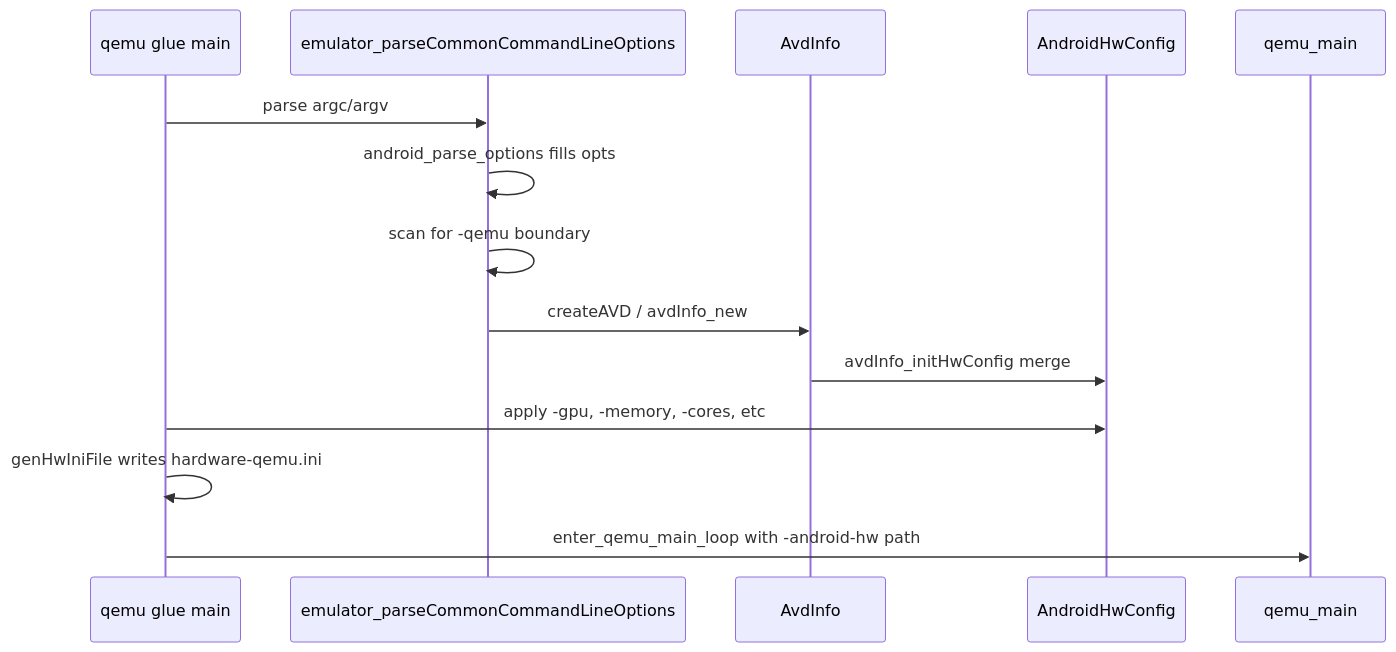
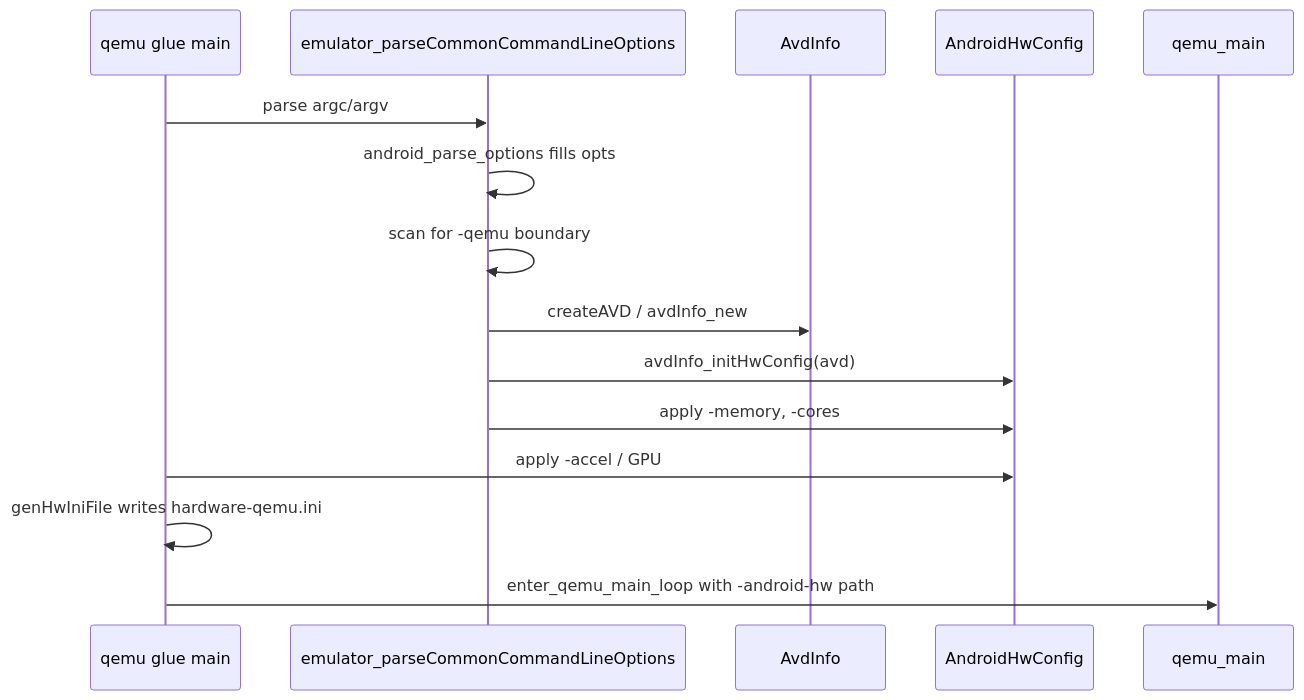
The fourth of 7 diagrams in 03-running-the-emulator.md (aospbooks/android-emulator-internal-book), drawn with Mermaid before and after one commit. The commit also changed other lines of this file and 31 other files, not shown here.

````diff
--- a/03-running-the-emulator.md
+++ b/03-running-the-emulator.md
@@ -251,16 +252,17 @@
 ```mermaid
 sequenceDiagram
     participant Glue as qemu glue main
     participant Common as emulator_parseCommonCommandLineOptions
     participant Avd as AvdInfo
     participant Hw as AndroidHwConfig
     participant Qemu as qemu_main
     Glue->>Common: parse argc/argv
     Common->>Common: android_parse_options fills opts
     Common->>Common: scan for -qemu boundary
     Common->>Avd: createAVD / avdInfo_new
-    Avd->>Hw: avdInfo_initHwConfig merge
-    Glue->>Hw: apply -gpu, -memory, -cores, etc
+    Common->>Hw: avdInfo_initHwConfig(avd)
+    Common->>Hw: apply -memory, -cores
+    Glue->>Hw: apply -accel / GPU
     Glue->>Glue: genHwIniFile writes hardware-qemu.ini
     Glue->>Qemu: enter_qemu_main_loop with -android-hw path
 ```
````
